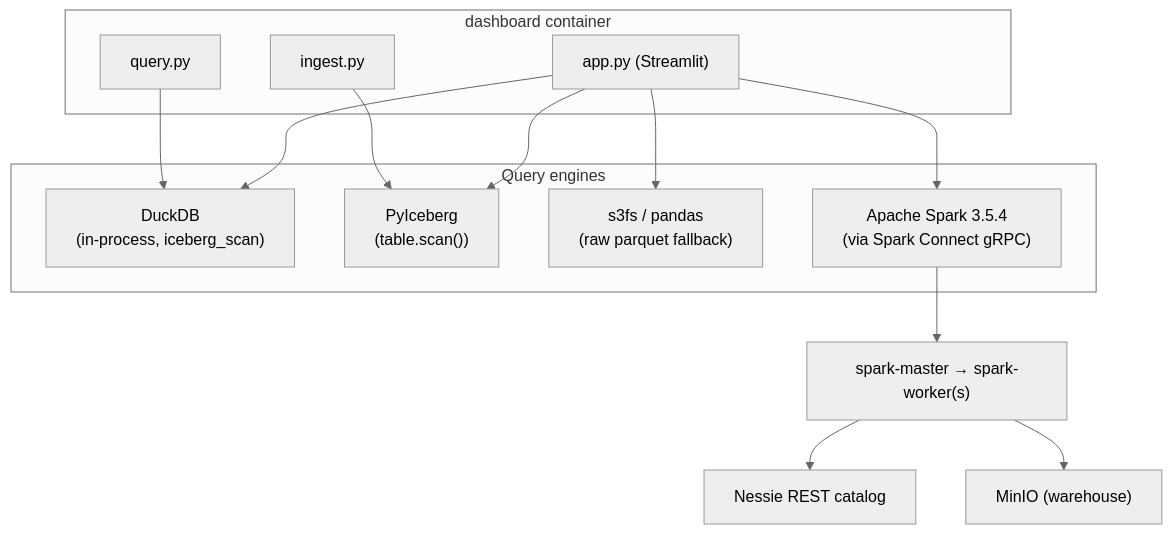
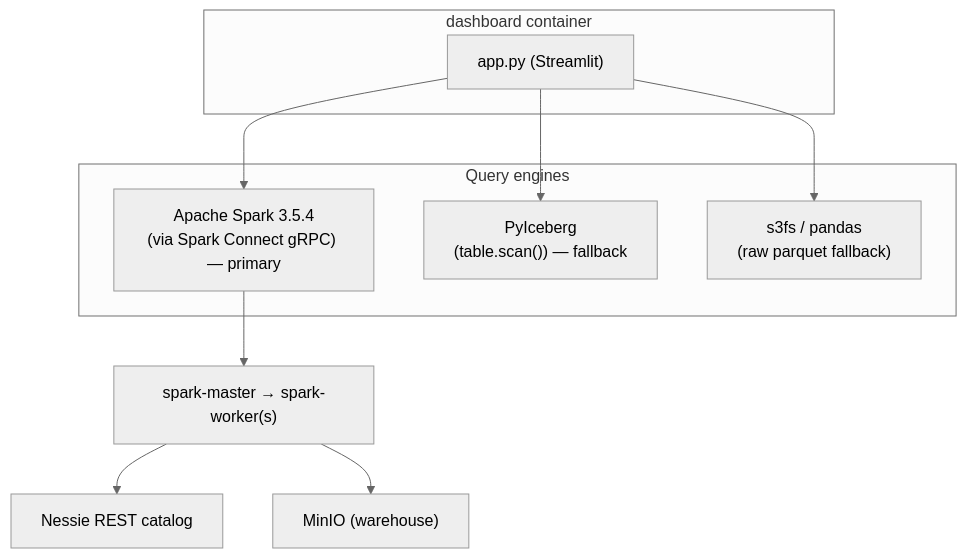
The fifth of 6 diagrams in docs/architecture.md (ogene70/m2_bigdata), drawn with Mermaid (neutral theme) before and after one commit. The commit also changed other lines of this file and 29 other files, not shown here.

````diff
--- a/docs/architecture.md
+++ b/docs/architecture.md
@@ -149,26 +172,20 @@
 ```mermaid
 flowchart TD
     subgraph DASH["dashboard container"]
         APP["app.py (Streamlit)"]
-        ING["ingest.py"]
-        QRY["query.py"]
     end
 
     subgraph Engines["Query engines"]
-        DB["DuckDB<br/>(in-process, iceberg_scan)"]
-        PY["PyIceberg<br/>(table.scan())"]
+        SPK["Apache Spark 3.5.4<br/>(via Spark Connect gRPC) — primary"]
+        PY["PyIceberg<br/>(table.scan()) — fallback"]
         S3FS["s3fs / pandas<br/>(raw parquet fallback)"]
-        SPK["Apache Spark 3.5.4<br/>(via Spark Connect gRPC)"]
     end
 
+    APP --> SPK
     APP --> PY
-    APP --> DB
     APP --> S3FS
-    APP --> SPK
-    ING --> PY
-    QRY --> DB
 
     SPK --> SM["spark-master → spark-worker(s)"]
     SM --> NESSIE["Nessie REST catalog"]
     SM --> WMINIO["MinIO (warehouse)"]
 ```
````
